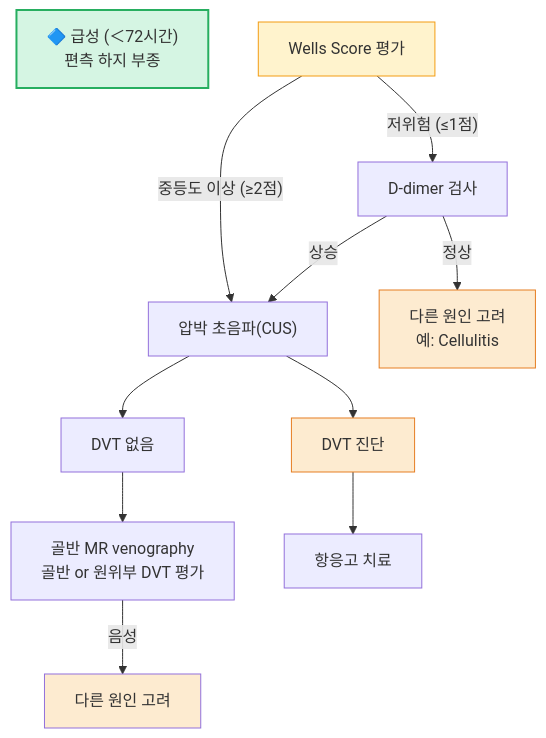
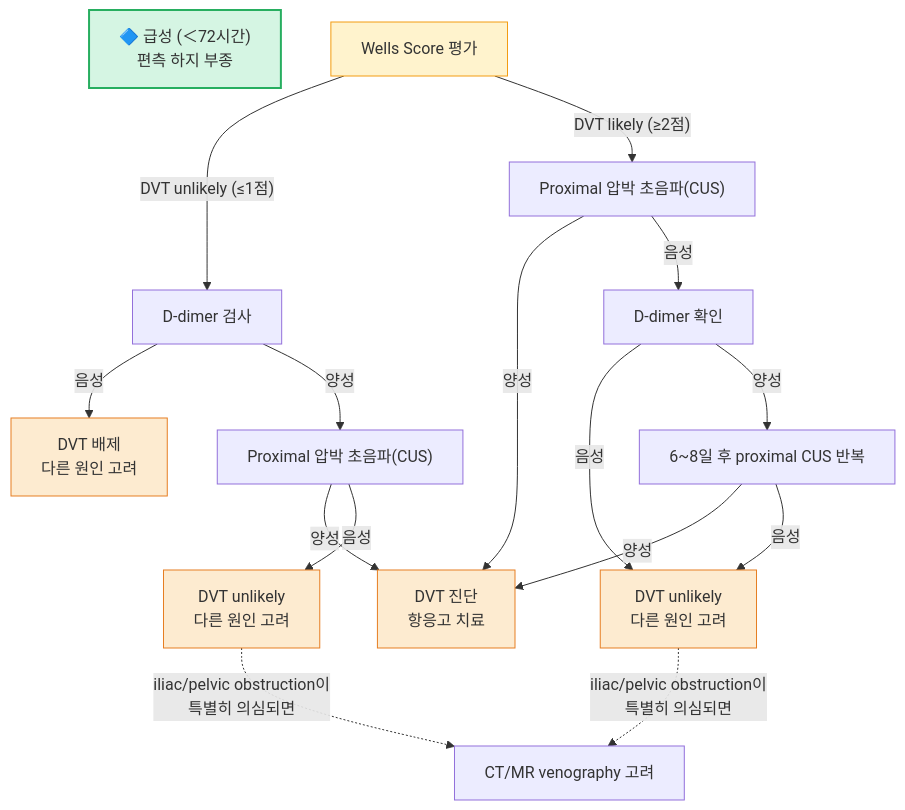
Before and after one commit to familyoh77/familyoh77: the first of 4 diagrams in 220_/012_-edema.md, drawn with Mermaid. The commit also changed other lines of this file, not shown here.

````diff
--- a/220_/012_-edema.md
+++ b/220_/012_-edema.md
@@ -157,23 +164,28 @@
 ```mermaid
 graph TD
 SG1["🔷 급성 (＜72시간)<br/>편측 하지 부종"]
         B["Wells Score 평가"]
-        B -- "저위험 (≤1점)" --> C["D-dimer 검사"]
-        B -- "중등도 이상 (≥2점)" --> D["압박 초음파(CUS)"]
-        C -- "정상" --> E["다른 원인 고려
-예: Cellulitis"]
-        C -- "상승" --> D
-        D --> F["DVT 없음"]
-        D --> G["DVT 진단"]
-        F --> H["골반 MR venography
-골반 or 원위부 DVT 평가"]
-        G --> I["항응고 치료"]
-        H -- "음성" --> J["다른 원인 고려"]
+        B -- "DVT unlikely (≤1점)" --> C["D-dimer 검사"]
+        C -- "음성" --> E["DVT 배제<br/>다른 원인 고려"]
+        C -- "양성" --> D1["Proximal 압박 초음파(CUS)"]
+        D1 -- "양성" --> G["DVT 진단<br/>항응고 치료"]
+        D1 -- "음성" --> J1["DVT unlikely<br/>다른 원인 고려"]
 
+        B -- "DVT likely (≥2점)" --> D2["Proximal 압박 초음파(CUS)"]
+        D2 -- "양성" --> G
+        D2 -- "음성" --> DD["D-dimer 확인"]
+        DD -- "음성" --> J2["DVT unlikely<br/>다른 원인 고려"]
+        DD -- "양성" --> R["6~8일 후 proximal CUS 반복"]
+        R -- "양성" --> G
+        R -- "음성" --> J2
+
+        J1 -. "iliac/pelvic obstruction이<br/>특별히 의심되면" .-> H["CT/MR venography 고려"]
+        J2 -. "iliac/pelvic obstruction이<br/>특별히 의심되면" .-> H
 
 style SG1 fill:#d5f5e3,stroke:#27ae60,stroke-width:2px
     style B fill:#fff3cd,stroke:#f39c12
     style E fill:#fdebd0,stroke:#e67e22
     style G fill:#fdebd0,stroke:#e67e22
-    style J fill:#fdebd0,stroke:#e67e2
+    style J1 fill:#fdebd0,stroke:#e67e22
+    style J2 fill:#fdebd0,stroke:#e67e22
 ```
````
